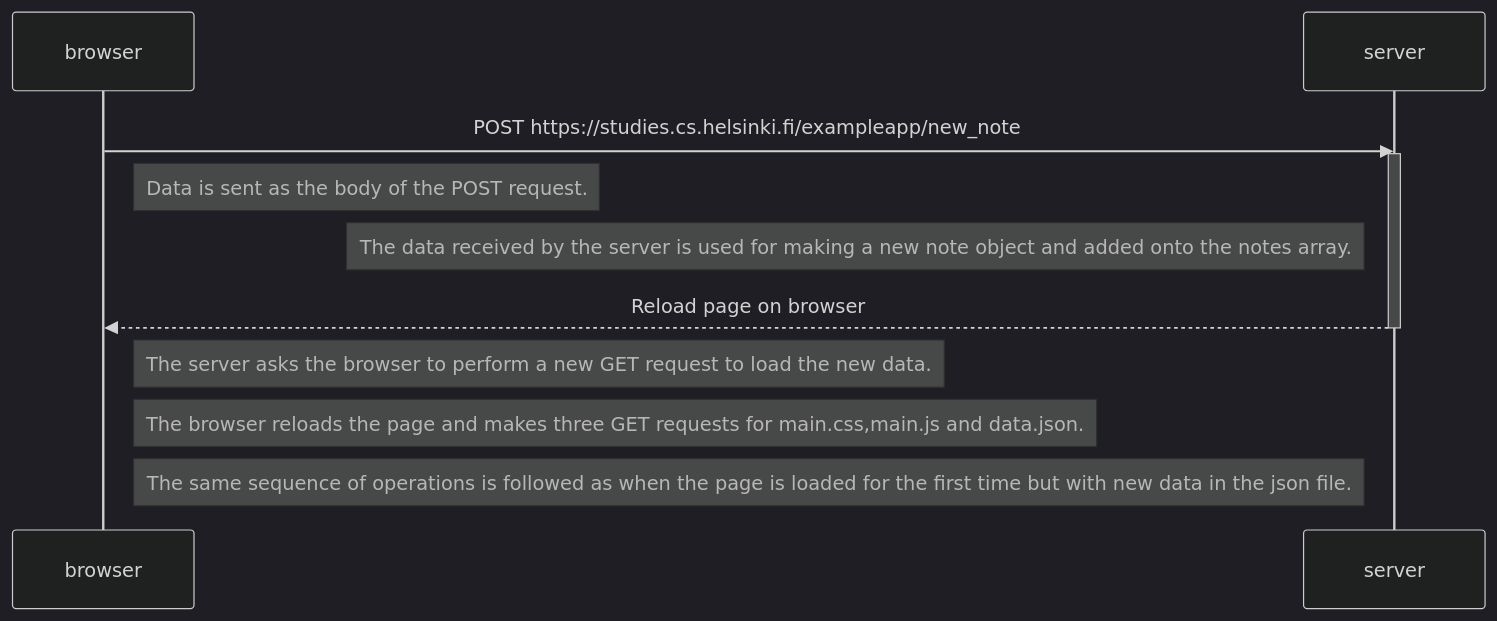
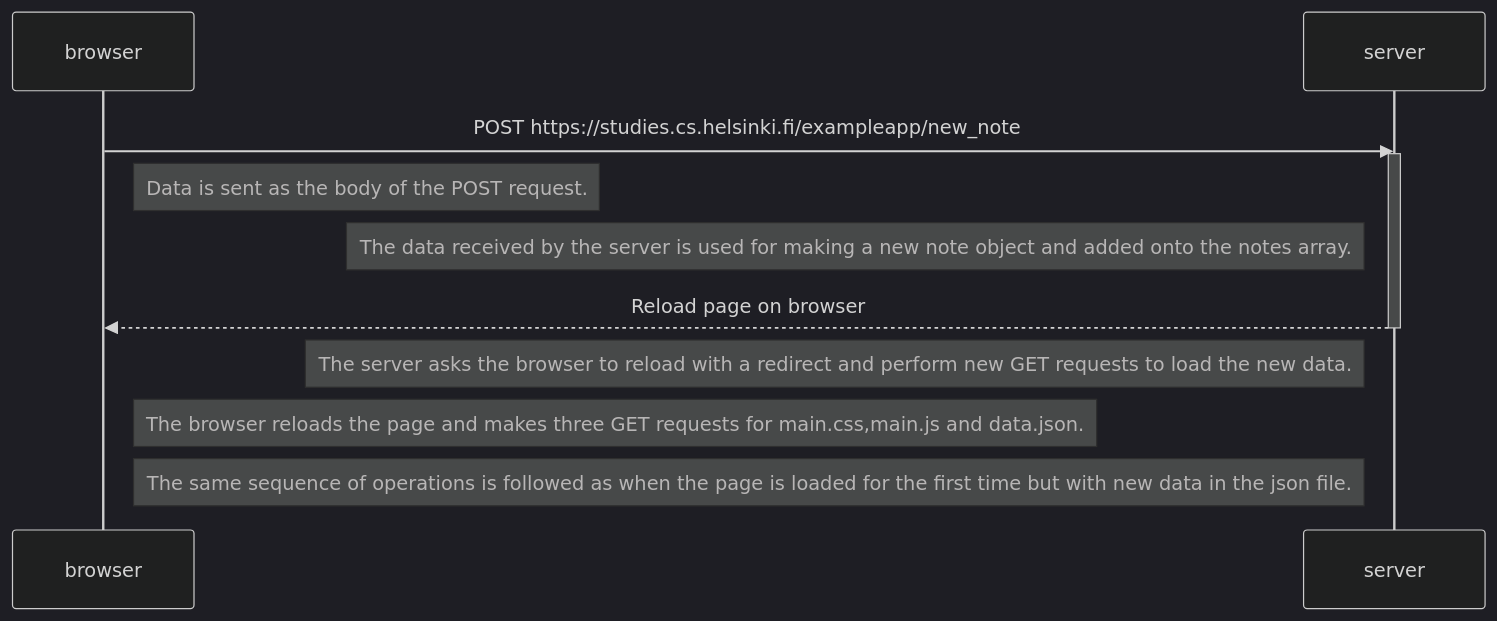
One commit to Yahska-0818/FSO-Exercises changed the diagram in part0/newName.md. Above: the diagram before and after it, drawn with Mermaid (dark theme). The commit also changed 1 other file, not shown here.

Commit message:
0.5 done

````diff
--- a/part0/newName.md
+++ b/part0/newName.md
@@ -1,16 +1,16 @@
 ```mermaid
 sequenceDiagram
     participant browser
     participant server
 
     browser->>server: POST https://studies.cs.helsinki.fi/exampleapp/new_note
     activate server
     Note right of browser: Data is sent as the body of the POST request.
     Note left of server: The data received by the server is used for making a new note object and added onto the notes array.
     server-->>browser: Reload page on browser
     deactivate server
 
-    Note right of browser: The server asks the browser to perform a new GET request to load the new data.
+    Note left of server: The server asks the browser to reload with a redirect and perform new GET requests to load the new data.
     Note right of browser: The browser reloads the page and makes three GET requests for main.css,main.js and data.json.
     Note right of browser: The same sequence of operations is followed as when the page is loaded for the first time but with new data in the json file.
 ```
````
